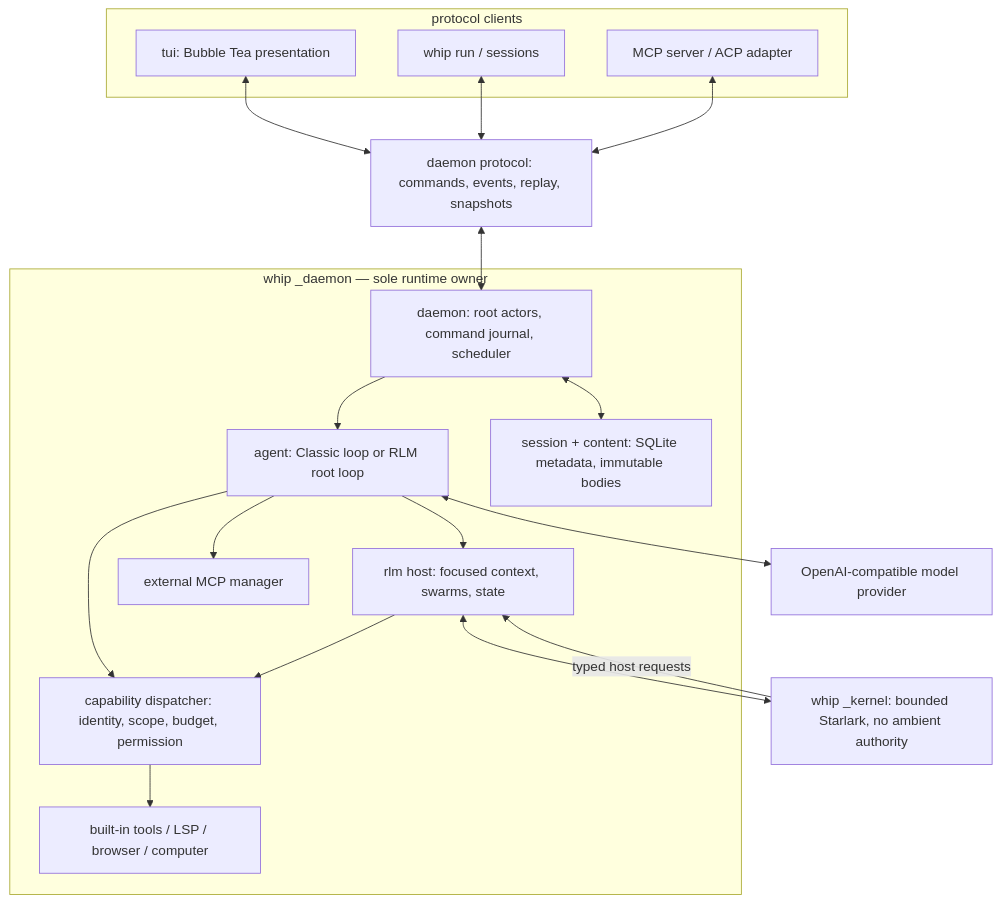
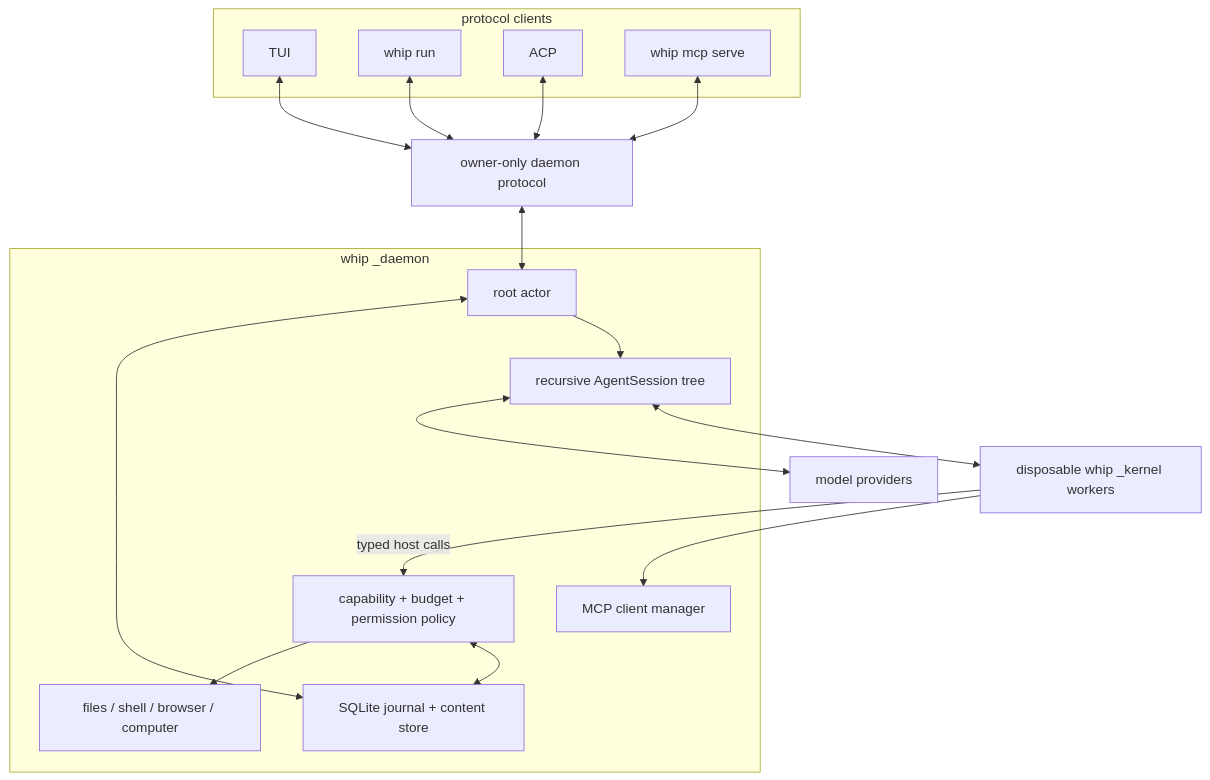
The first of 2 diagrams in docs/architecture.md (context-labs/whip), drawn with Mermaid before and after one commit. The commit also changed other lines of this file and 10 other files, not shown here.

First line of the commit message:
docs(runtime): describe the message lifecycle, messaging doctrine, and scratch snapshots

````diff
--- a/docs/architecture.md
+++ b/docs/architecture.md
@@ -10,36 +8,33 @@
 ```mermaid
 flowchart TB
     subgraph clients["protocol clients"]
-        TUI["tui: Bubble Tea presentation"]
-        RUN["whip run / sessions"]
-        ADAPTERS["MCP server / ACP adapter"]
+        TUI["TUI"]
+        RUN["whip run"]
+        ACP["ACP"]
+        BRIDGE["whip mcp serve"]
     end
 
-    RPC["daemon protocol: commands, events, replay, snapshots"]
+    RPC["owner-only daemon protocol"]
 
-    subgraph owner["whip _daemon — sole runtime owner"]
-        DAEMON["daemon: root actors, command journal, scheduler"]
-        AGENT["agent: Classic loop or RLM root loop"]
-        RLM["rlm host: focused context, swarms, state"]
-        POLICY["capability dispatcher: identity, scope, budget, permission"]
-        STORE["session + content: SQLite metadata, immutable bodies"]
-        SERVICES["built-in tools / LSP / browser / computer"]
-        MCP["external MCP manager"]
+    subgraph daemon["whip _daemon"]
+        ROOT["root actor"]
+        TREE["recursive AgentSession tree"]
+        POLICY["capability + budget + permission policy"]
+        SERVICES["files / shell / browser / computer"]
+        MCP["MCP client manager"]
+        STORE["SQLite journal + content store"]
     end
 
-    KERNEL["whip _kernel: bounded Starlark, no ambient authority"]
-    PROVIDER["OpenAI-compatible model provider"]
+    KERNELS["disposable whip _kernel workers"]
+    MODELS["model providers"]
 
-    TUI <--> RPC
-    RUN <--> RPC
-    ADAPTERS <--> RPC
-    RPC <--> DAEMON
-    DAEMON <--> STORE
-    DAEMON --> AGENT
-    AGENT <--> PROVIDER
-    AGENT --> POLICY
-    AGENT --> MCP
-    AGENT --> RLM <--> KERNEL
-    KERNEL -->|typed host requests| RLM
-    RLM --> POLICY --> SERVICES
+    TUI & RUN & ACP & BRIDGE <--> RPC <--> ROOT
+    ROOT <--> STORE
+    ROOT --> TREE
+    TREE <--> MODELS
+    TREE <--> KERNELS
+    KERNELS -->|typed host calls| POLICY
+    POLICY --> SERVICES
+    KERNELS --> MCP
+    POLICY <--> STORE
 ```
````
